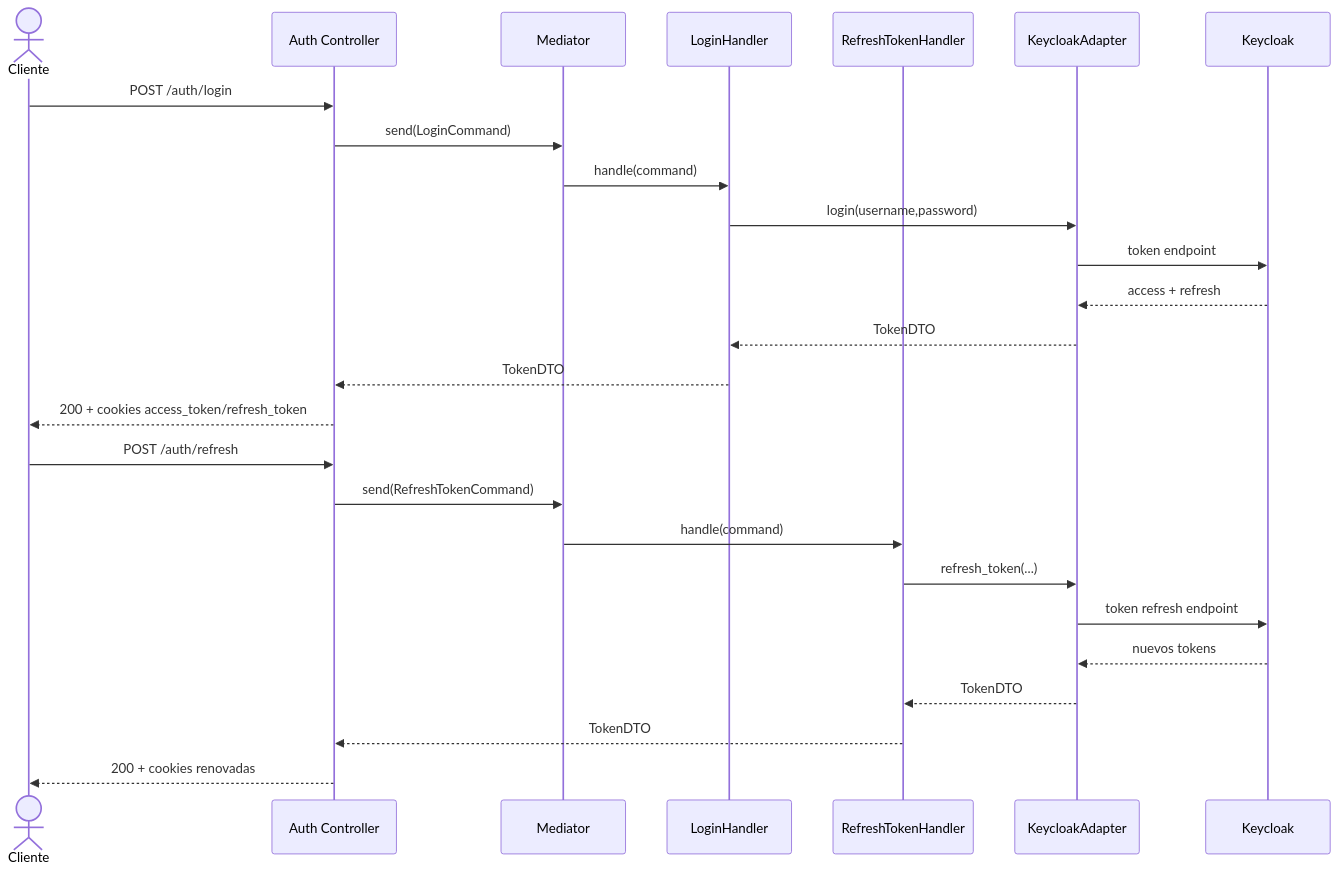
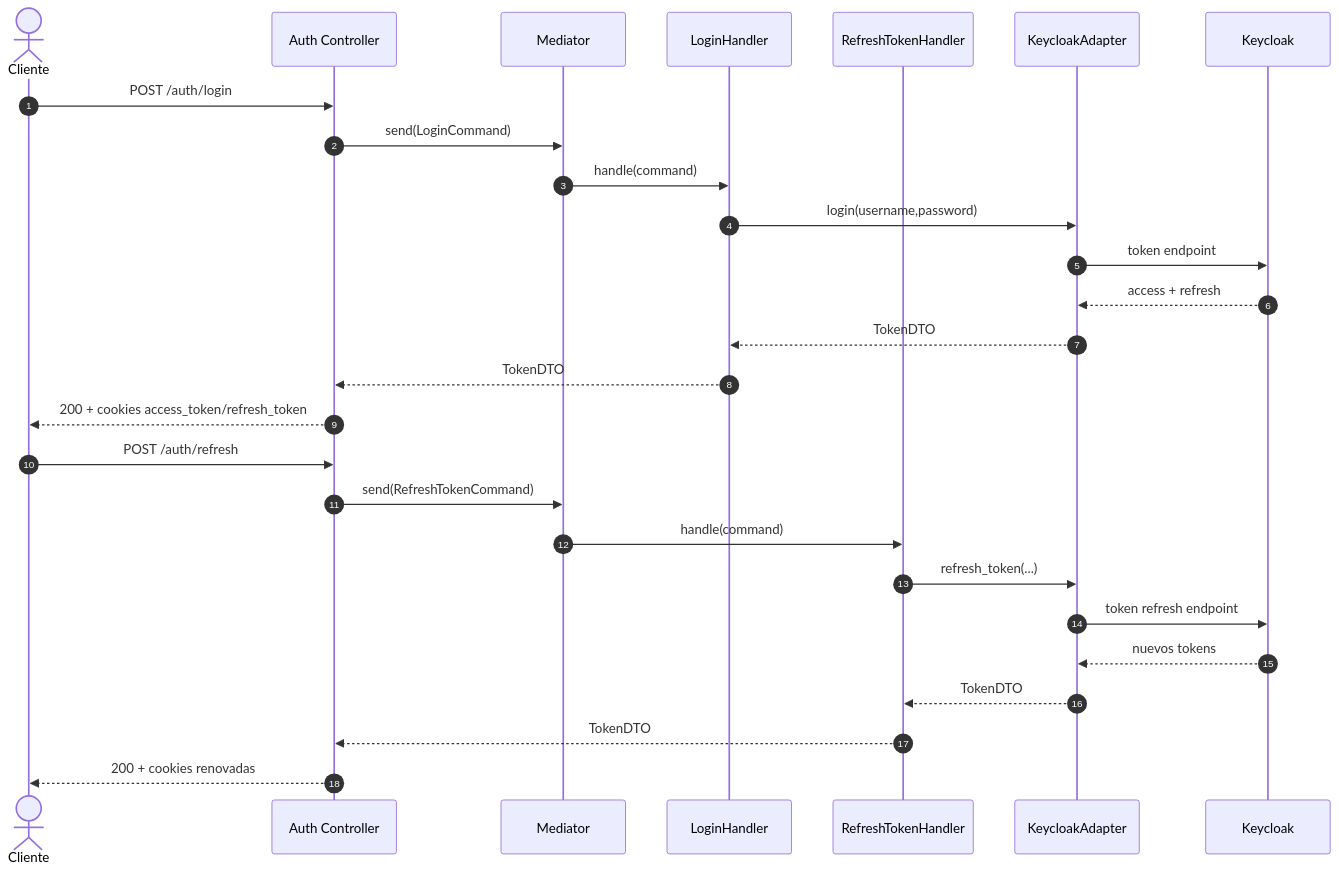
Before and after one commit to CCTV-Netcom/Micro_Usuarios: the second of 3 diagrams in README.md, drawn with Mermaid. The commit also changed other lines of this file, not shown here.

````diff
--- a/README.md
+++ b/README.md
@@ -153,30 +151,31 @@
 ```mermaid
 sequenceDiagram
+    autonumber
     actor C as Cliente
     participant API as Auth Controller
     participant M as Mediator
     participant H1 as LoginHandler
     participant H2 as RefreshTokenHandler
     participant KC as KeycloakAdapter
     participant K as Keycloak
 
     C->>API: POST /auth/login
     API->>M: send(LoginCommand)
     M->>H1: handle(command)
     H1->>KC: login(username,password)
     KC->>K: token endpoint
     K-->>KC: access + refresh
     KC-->>H1: TokenDTO
     H1-->>API: TokenDTO
     API-->>C: 200 + cookies access_token/refresh_token
 
     C->>API: POST /auth/refresh
     API->>M: send(RefreshTokenCommand)
     M->>H2: handle(command)
     H2->>KC: refresh_token(...)
     KC->>K: token refresh endpoint
     K-->>KC: nuevos tokens
     KC-->>H2: TokenDTO
     H2-->>API: TokenDTO
     API-->>C: 200 + cookies renovadas
 ```
````
